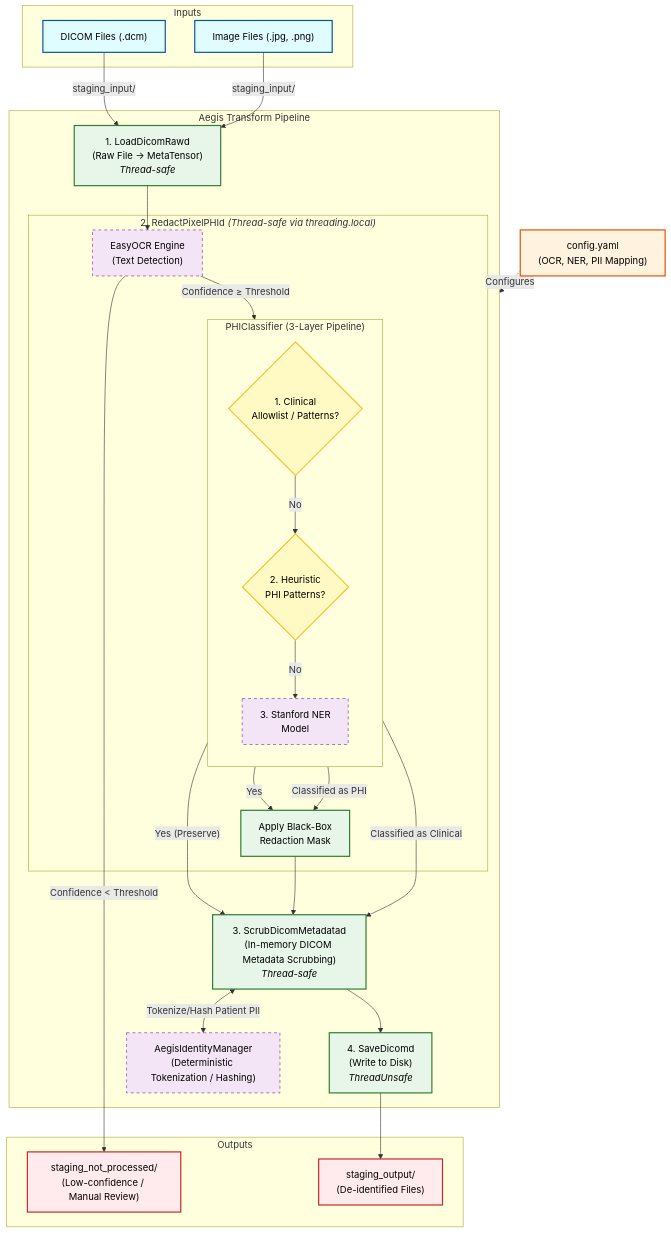
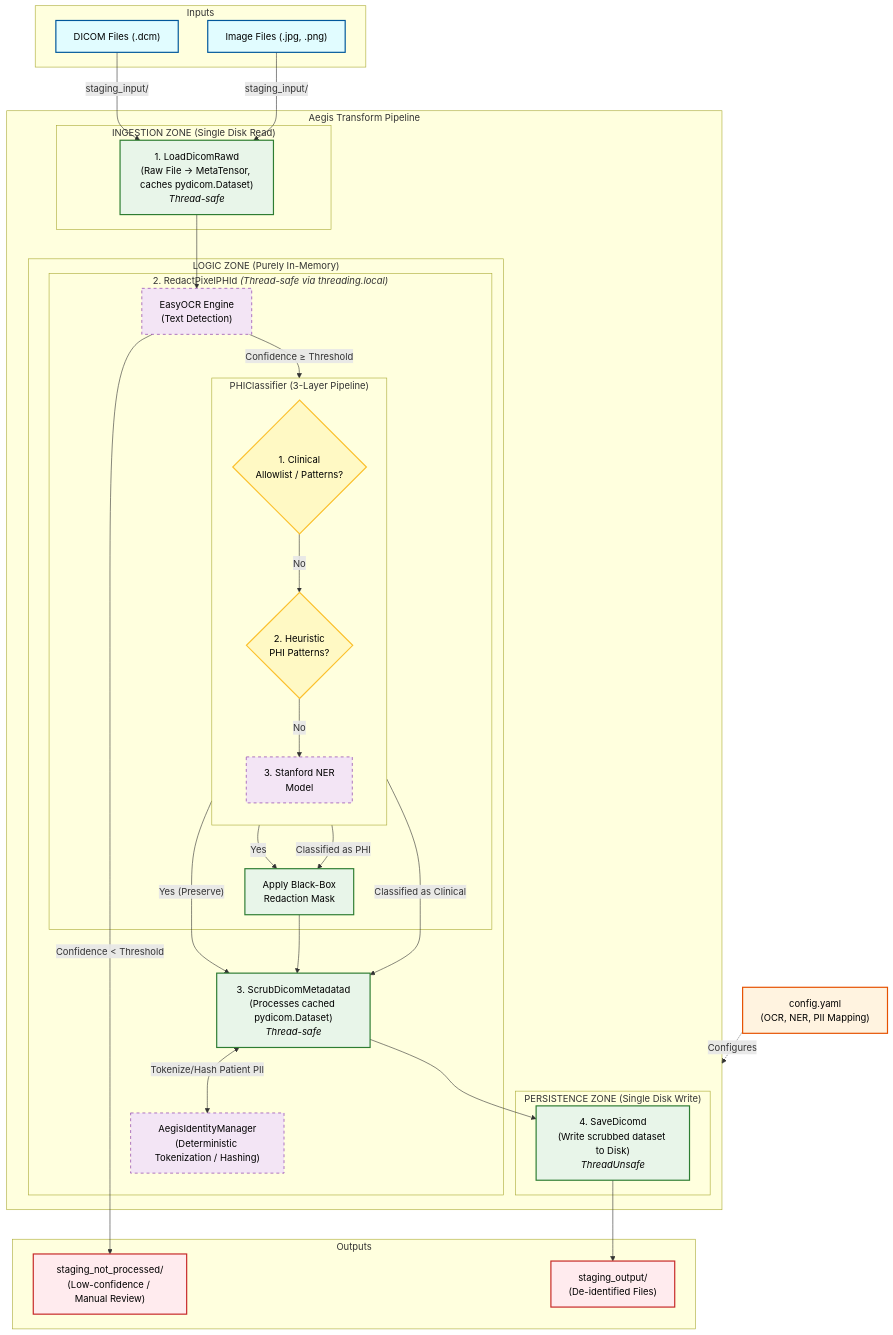
Before and after one commit to lakshmi-mahabaleshwara/aegis: the first of 2 diagrams in README.md, drawn with Mermaid. The commit also changed other lines of this file and 4 other files, not shown here.

````diff
--- a/README.md
+++ b/README.md
@@ -203,69 +203,77 @@
 ```mermaid
 flowchart TD
     classDef input fill:#e1fcff,stroke:#01579b,stroke-width:2px,color:#000;
     classDef process fill:#e8f5e9,stroke:#2e7d32,stroke-width:2px,color:#000;
     classDef subProcess fill:#f3e5f5,stroke:#7b1fa2,stroke-width:1px,stroke-dasharray: 5 5,color:#000;
     classDef output fill:#ffebee,stroke:#c62828,stroke-width:2px,color:#000;
     classDef config fill:#fff3e0,stroke:#e65100,stroke-width:2px,color:#000;
     classDef decision fill:#fff9c4,stroke:#fbc02d,stroke-width:2px,color:#000;
+    classDef ioZone fill:#eceff1,stroke:#607d8b,stroke-width:2px,stroke-dasharray: 5 5,color:#000;
 
     subgraph Inputs ["Inputs"]
         dicom["DICOM Files (.dcm)"]:::input
         img["Image Files (.jpg, .png)"]:::input
     end
 
     config["config.yaml\n(OCR, NER, PII Mapping)"]:::config
 
     subgraph Pipeline ["Aegis Transform Pipeline"]
-        load["1. LoadDicomRawd\n(Raw File → MetaTensor)\n<i>Thread-safe</i>"]:::process
         
-        subgraph step2 ["2. RedactPixelPHId <i>(Thread-safe via threading.local)</i>"]
-            ocr["EasyOCR Engine\n(Text Detection)"]:::subProcess
-            
-            subgraph NER ["PHIClassifier (3-Layer Pipeline)"]
-                direction TB
-                L1{"1. Clinical\nAllowlist / Patterns?"}:::decision
-                L2{"2. Heuristic\nPHI Patterns?"}:::decision
-                L3["3. Stanford NER\nModel"]:::subProcess
-            end
-            
-            action_redact["Apply Black-Box\nRedaction Mask"]:::process
+        subgraph Ingestion ["INGESTION ZONE (Single Disk Read)"]
+            load["1. LoadDicomRawd\n(Raw File → MetaTensor, caches pydicom.Dataset)\n<i>Thread-safe</i>"]:::process
         end
 
-        scrub["3. ScrubDicomMetadatad\n(In-memory DICOM Metadata Scrubbing)\n<i>Thread-safe</i>"]:::process
-        id_manager["AegisIdentityManager\n(Deterministic Tokenization / Hashing)"]:::subProcess
+        subgraph Logic ["LOGIC ZONE (Purely In-Memory)"]
+            subgraph step2 ["2. RedactPixelPHId <i>(Thread-safe via threading.local)</i>"]
+                ocr["EasyOCR Engine\n(Text Detection)"]:::subProcess
+                
+                subgraph NER ["PHIClassifier (3-Layer Pipeline)"]
+                    direction TB
+                    L1{"1. Clinical\nAllowlist / Patterns?"}:::decision
+                    L2{"2. Heuristic\nPHI Patterns?"}:::decision
+                    L3["3. Stanford NER\nModel"]:::subProcess
+                end
+                
+                action_redact["Apply Black-Box\nRedaction Mask"]:::process
+            end
+
+            scrub["3. ScrubDicomMetadatad\n(Processes cached pydicom.Dataset)\n<i>Thread-safe</i>"]:::process
+            id_manager["AegisIdentityManager\n(Deterministic Tokenization / Hashing)"]:::subProcess
+        end
         
-        save["4. SaveDicomd\n(Write to Disk)\n<i>ThreadUnsafe</i>"]:::process
+        subgraph Persistence ["PERSISTENCE ZONE (Single Disk Write)"]
+            save["4. SaveDicomd\n(Write scrubbed dataset to Disk)\n<i>ThreadUnsafe</i>"]:::process
+        end
     end
 
     subgraph Outputs ["Outputs"]
         out_not_proc["staging_not_processed/\n(Low-confidence / Manual Review)"]:::output
         out_proc["staging_output/\n(De-identified Files)"]:::output
     end
 
     %% Connections
     config -. "Configures" .-> Pipeline
     
     dicom -- "staging_input/" --> load
     img -- "staging_input/" --> load
     
     load --> ocr
     
     ocr -- "Confidence < Threshold" --> out_not_proc
     ocr -- "Confidence ≥ Threshold" --> L1
     
     L1 -- "Yes (Preserve)" --> scrub
     L1 -- "No" --> L2
     
     L2 -- "Yes" --> action_redact
     L2 -- "No" --> L3
     
     L3 -- "Classified as PHI" --> action_redact
     L3 -- "Classified as Clinical" --> scrub
     
     action_redact --> scrub
     
     scrub <--> |"Tokenize/Hash Patient PII"| id_manager
     scrub --> save
     save --> out_proc
 ```
````
